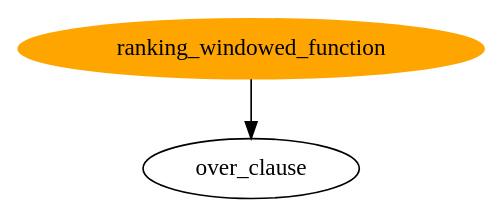
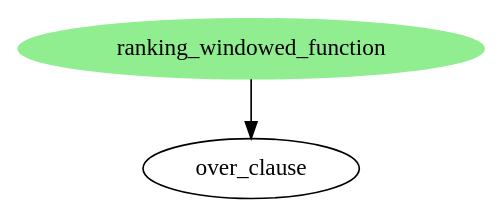
One commit to Crary-Systems/tree-sitter-tsql changed the diagram in docs/roadmap/grammar/ranking_windowed_function.dot. Above: the diagram before and after it, drawn with Graphviz. The commit also changed 9 other files, not shown here.

Commit message:
Complete out ranking_windowed_function roadmap

```diff
--- a/docs/roadmap/grammar/ranking_windowed_function.dot
+++ b/docs/roadmap/grammar/ranking_windowed_function.dot
@@ -1,8 +1,8 @@
 digraph {
   ranking_windowed_function
     [style=filled
-    ,color=orange
+    ,color=lightgreen
     ,URL="https://github.com/Crary-Systems/tree-sitter-tsql/blob/main/test/corpus/ranking_windowed_function.txt"]
 
   ranking_windowed_function -> over_clause
 }
```
